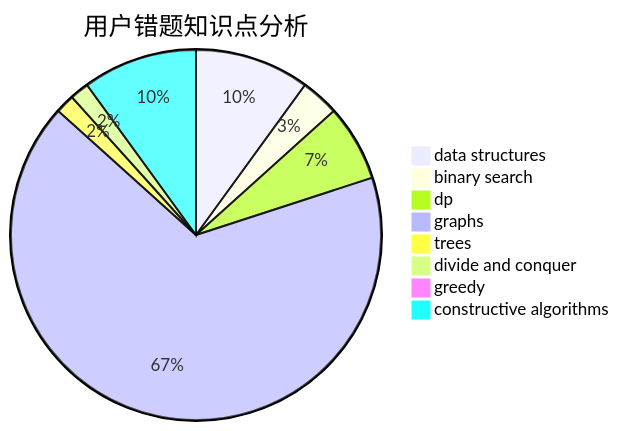
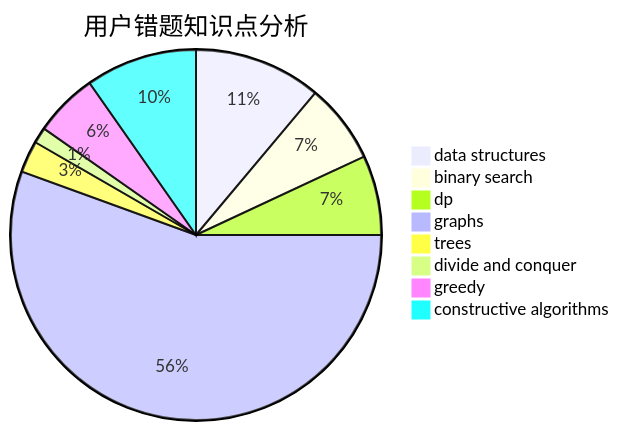
One commit to sherpahu/cfrs.github.io changed the third of 3 diagrams in docs/user/u169.md. Above: the diagram before and after it, drawn with Mermaid. The commit also changed other lines of this file and 2770 other files, not shown here.

````diff
--- a/docs/user/u169.md
+++ b/docs/user/u169.md
@@ -36,11 +36,11 @@
 ```mermaid
 pie title 用户错题知识点分析
-    "data structures" :  6
-    "binary search" :  2
-    "dp" :  4
+    "data structures" :  8
+    "binary search" :  5
+    "dp" :  5
     "graphs" :  40
-    "trees" :  1
+    "trees" :  2
     "divide and conquer" :  1
-    "greedy" :  0
-    "constructive algorithms" :  6
+    "greedy" :  4
+    "constructive algorithms" :  7
 ```
````
